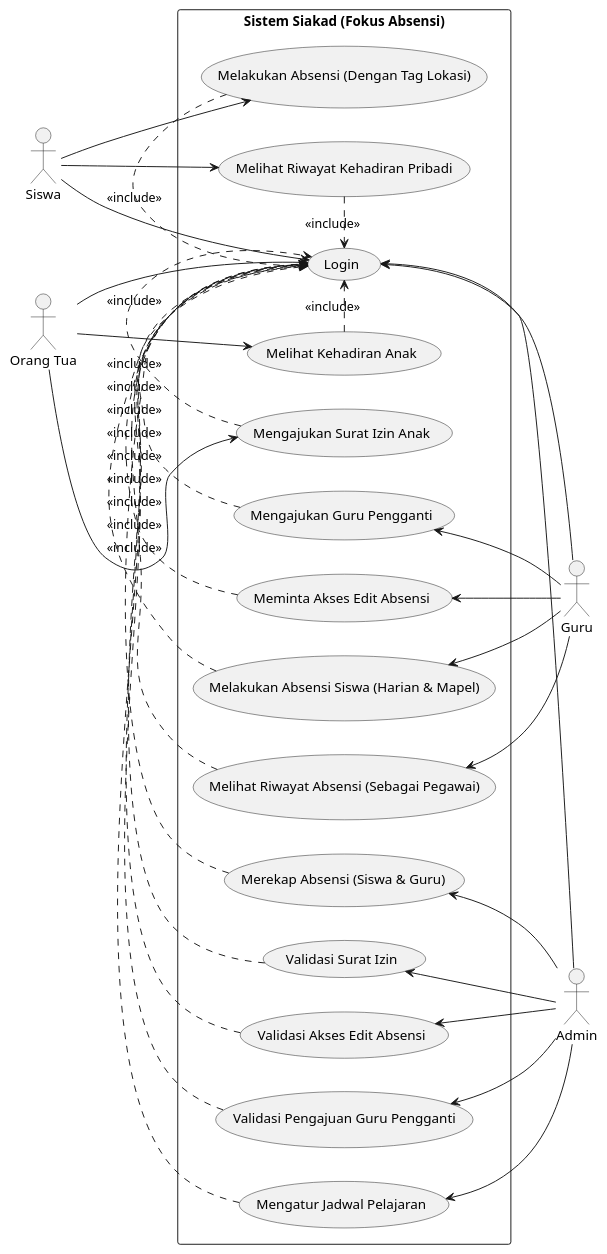
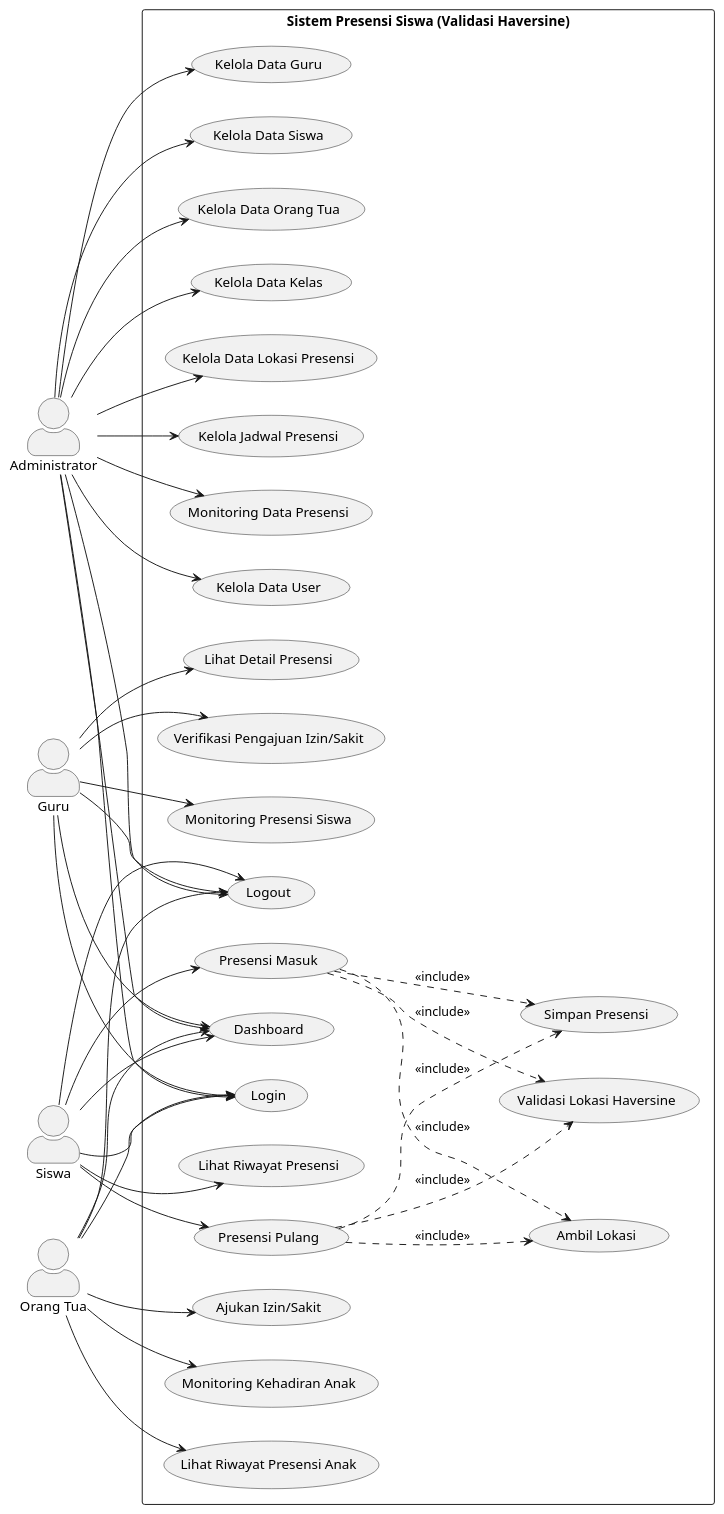
The diagram in diagram/usecase_absensi.puml (4mun4jmudin/siakad), drawn with PlantUML before and after one commit. The commit also changed 26 other files, not shown here.

Commit message:
docs: add thesis diagrams, haversine flows, and chapter 4 code requirements

```diff
--- a/diagram/usecase_absensi.puml
+++ b/diagram/usecase_absensi.puml
@@ -1,78 +1,94 @@
 @startuml
 left to right direction
 skinparam packageStyle rectangle
+skinparam actorStyle awesome
 
-' Aktor di sebelah kiri
-actor "Siswa" as Siswa
-actor "Orang Tua" as OrangTua
+actor Administrator
+actor Guru
+actor Siswa
+actor "Orang Tua" as Ortu
 
-' Aktor di sebelah kanan
-actor "Admin" as Admin
-actor "Guru" as Guru
+rectangle "Sistem Presensi Siswa (Validasi Haversine)" {
+  
+  ' Use Cases Global
+  usecase "Login" as UC_Login
+  usecase "Logout" as UC_Logout
+  usecase "Dashboard" as UC_Dashboard
 
-rectangle "Sistem Siakad (Fokus Absensi)" {
-  usecase "Login" as UC0
+  ' --- USE CASE ADMINISTRATOR ---
+  usecase "Kelola Data User" as A1
+  usecase "Kelola Data Guru" as A2
+  usecase "Kelola Data Siswa" as A3
+  usecase "Kelola Data Orang Tua" as A4
+  usecase "Kelola Data Kelas" as A5
+  usecase "Kelola Data Lokasi Presensi" as A6
+  usecase "Kelola Jadwal Presensi" as A7
+  usecase "Monitoring Data Presensi" as A8
+  
+  ' --- USE CASE GURU ---
+  usecase "Monitoring Presensi Siswa" as G1
+  usecase "Lihat Detail Presensi" as G2
+  usecase "Verifikasi Pengajuan Izin/Sakit" as G3
+  
+  ' --- USE CASE SISWA ---
+  usecase "Presensi Masuk" as S1
+  usecase "Presensi Pulang" as S2
+  usecase "Lihat Riwayat Presensi" as S3
+  
+  ' Sub-Use Case Haversine (Include)
+  usecase "Ambil Lokasi" as Sub1
+  usecase "Validasi Lokasi Haversine" as Sub2
+  usecase "Simpan Presensi" as Sub3
 
-  ' Siswa
-  usecase "Melakukan Absensi (Dengan Tag Lokasi)" as UCS1
-  usecase "Melihat Riwayat Kehadiran Pribadi" as UCS2
+  S1 ..> Sub1 : <<include>>
+  S1 ..> Sub2 : <<include>>
+  S1 ..> Sub3 : <<include>>
   
-  ' Orang Tua
-  usecase "Melihat Kehadiran Anak" as UCO1
-  usecase "Mengajukan Surat Izin Anak" as UCO2
-
-  ' Guru
-  usecase "Melakukan Absensi Siswa (Harian & Mapel)" as UCG1
-  usecase "Melihat Riwayat Absensi (Sebagai Pegawai)" as UCG2
-  usecase "Mengajukan Guru Pengganti" as UCG3
-  usecase "Meminta Akses Edit Absensi" as UCG4
-
-  ' Admin
-  usecase "Merekap Absensi (Siswa & Guru)" as UCA1
-  usecase "Validasi Surat Izin" as UCA2
-  usecase "Validasi Akses Edit Absensi" as UCA3
-  usecase "Validasi Pengajuan Guru Pengganti" as UCA4
-  usecase "Mengatur Jadwal Pelajaran" as UCA5
+  S2 ..> Sub1 : <<include>>
+  S2 ..> Sub2 : <<include>>
+  S2 ..> Sub3 : <<include>>
+  
+  ' --- USE CASE ORANG TUA ---
+  usecase "Monitoring Kehadiran Anak" as O1
+  usecase "Lihat Riwayat Presensi Anak" as O2
+  usecase "Ajukan Izin/Sakit" as O3
 }
 
-' Relasi Aktor Kiri
-Siswa --> UC0
-OrangTua --> UC0
+' === RELASI ADMINISTRATOR ===
+Administrator --> UC_Login
+Administrator --> UC_Dashboard
+Administrator --> A1
+Administrator --> A2
+Administrator --> A3
+Administrator --> A4
+Administrator --> A5
+Administrator --> A6
+Administrator --> A7
+Administrator --> A8
+Administrator --> UC_Logout
 
-Siswa --> UCS1
-Siswa --> UCS2
+' === RELASI GURU ===
+Guru --> UC_Login
+Guru --> UC_Dashboard
+Guru --> G1
+Guru --> G2
+Guru --> G3
+Guru --> UC_Logout
 
-OrangTua --> UCO1
-OrangTua --> UCO2
+' === RELASI SISWA ===
+Siswa --> UC_Login
+Siswa --> UC_Dashboard
+Siswa --> S1
+Siswa --> S2
+Siswa --> S3
+Siswa --> UC_Logout
 
-' Relasi Aktor Kanan
-UC0 <-- Admin
-UC0 <-- Guru
-
-UCG1 <-- Guru
-UCG2 <-- Guru
-UCG3 <-- Guru
-UCG4 <-- Guru
-
-UCA1 <-- Admin
-UCA2 <-- Admin
-UCA3 <-- Admin
-UCA4 <-- Admin
-UCA5 <-- Admin
-
-' Include ke Login
-UCS1 .> UC0 : <<include>>
-UCS2 .> UC0 : <<include>>
-UCO1 .> UC0 : <<include>>
-UCO2 .> UC0 : <<include>>
-UCG1 .> UC0 : <<include>>
-UCG2 .> UC0 : <<include>>
-UCG3 .> UC0 : <<include>>
-UCG4 .> UC0 : <<include>>
-UCA1 .> UC0 : <<include>>
-UCA2 .> UC0 : <<include>>
-UCA3 .> UC0 : <<include>>
-UCA4 .> UC0 : <<include>>
-UCA5 .> UC0 : <<include>>
+' === RELASI ORANG TUA ===
+Ortu --> UC_Login
+Ortu --> UC_Dashboard
+Ortu --> O1
+Ortu --> O2
+Ortu --> O3
+Ortu --> UC_Logout
 
 @enduml
```
